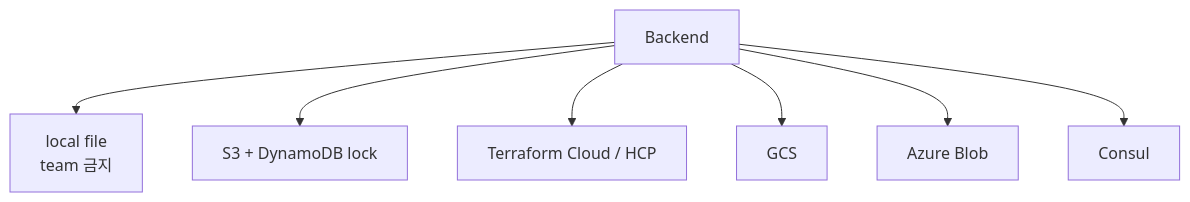
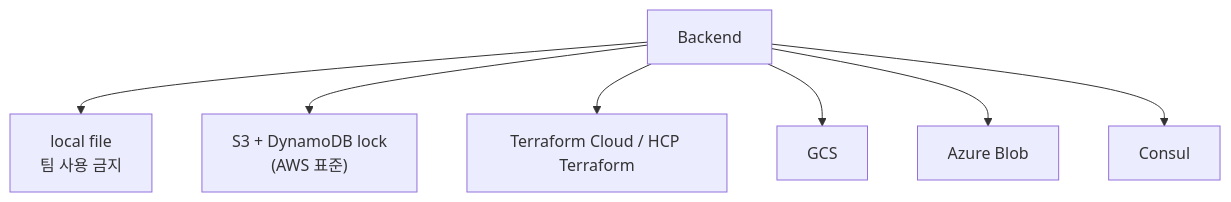
The second of 4 diagrams in src/content/wiki/cloud/terraform-state.mdx (shinkeonkim/shinkeonkim.github.io), drawn with Mermaid before and after one commit. The commit also changed other lines of this file and 526 other files, not shown here.

First line of the commit message:
content(wiki): 전수조사 및 대규모 보강 (짧은 파일 0, mermaid +645)

````diff
--- a/src/content/wiki/cloud/terraform-state.mdx
+++ b/src/content/wiki/cloud/terraform-state.mdx
@@ -39,10 +90,10 @@
 ```mermaid
 flowchart TB
     B[Backend]
-    B --> Local[local file<br/>team 금지]
-    B --> S3[S3 + DynamoDB lock]
-    B --> TFC[Terraform Cloud / HCP]
+    B --> Local[local file<br/>팀 사용 금지]
+    B --> S3["S3 + DynamoDB lock<br/>(AWS 표준)"]
+    B --> TFC["Terraform Cloud / HCP Terraform"]
     B --> GCS[GCS]
     B --> Azure[Azure Blob]
     B --> Consul[Consul]
 ```
````
